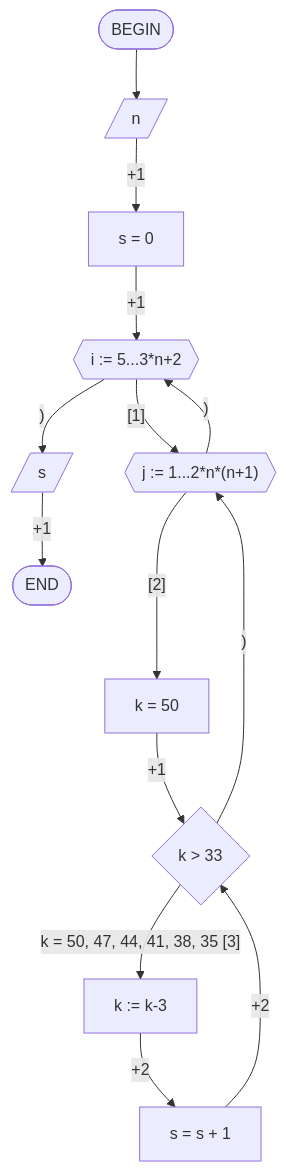
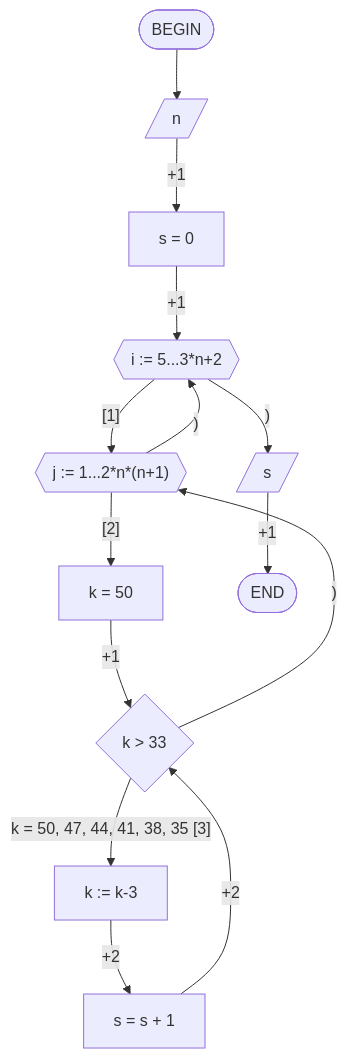
Before and after one commit to PastMaster1/algorithms-data-structures-and-data-models: the diagram in src/Labs/Cpp/docs/task_1.md, drawn with Mermaid. The commit also changed other lines of this file, not shown here.

````diff
--- a/src/Labs/Cpp/docs/task_1.md
+++ b/src/Labs/Cpp/docs/task_1.md
@@ -4,16 +4,16 @@
 ```mermaid
 graph TD
 	START(["BEGIN"]) --> A
 	A[/"n"/] --"+1"--> B["s = 0"]
 	B --"+1"--> C{{"i := 5...3*n+2"}}
 	C --"[1]"--> D{{"j := 1...2*n*(n+1)"}}
 	D --"[2]"--> E["k = 50"]
 	E --"+1"--> F{"k > 33"}
 	F --"k = 50, 47, 44, 41, 38, 35		[3]"--> G["k := k-3"]
 	G --"+2"--> H["s = s + 1"]
 	H --"+2"--> F
-	F ---->|")"| D
-	D -->|")"| C
-	C -->|")"| I[/"s"/]
+	F --")"--> D
+	D --")"--> C
+	C --")"--> I[/"s"/]
 	I --"+1"--> END(["END"])
 ```
````
